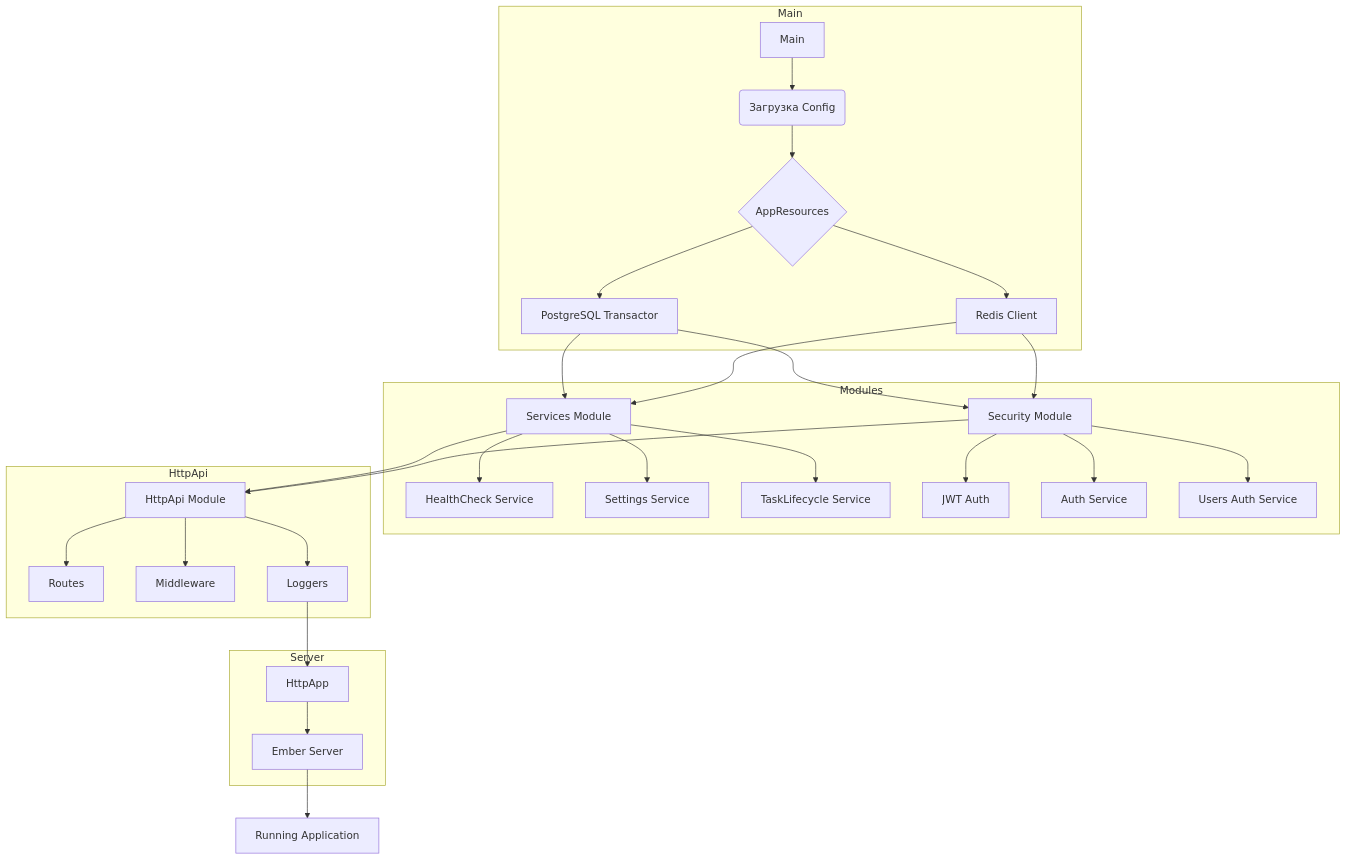
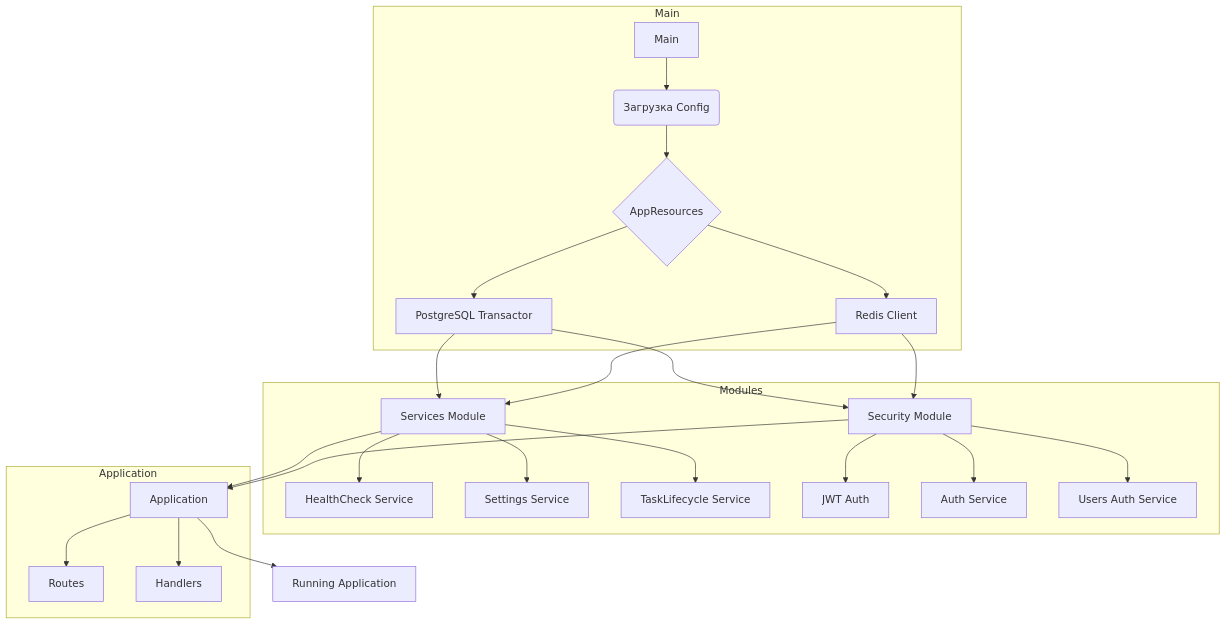
Before and after one commit to artemkorsakov/scalabook: the diagram in docs/practice/main.md, drawn with Mermaid. The commit also changed other lines of this file and 2 other files, not shown here.

````diff
--- a/docs/practice/main.md
+++ b/docs/practice/main.md
@@ -519,39 +399,33 @@
 ```mermaid
 graph TD
     subgraph Main
         A[Main] --> B(Загрузка Config)
         B --> C{AppResources}
         C --> D[PostgreSQL Transactor]
         C --> E[Redis Client]
     end
 
     subgraph Modules
         D --> F[Services Module]
         E --> F
         D --> G[Security Module]
         E --> G
 
         F --> H[HealthCheck Service]
         F --> I[Settings Service]
         F --> J[TaskLifecycle Service]
 
         G --> K[JWT Auth]
         G --> L[Auth Service]
         G --> M[Users Auth Service]
     end
 
-    subgraph HttpApi
-        F --> N[HttpApi Module]
+    subgraph Application
+        F --> N[Application]
         G --> N
         N --> O[Routes]
-        N --> P[Middleware]
-        N --> Q[Loggers]
+        N --> P[Handlers]
     end
 
-    subgraph Server
-        Q --> R[HttpApp]
-        R --> S[Ember Server]
-    end
-
-    S --> T[Running Application]
+    N --> T[Running Application]
 ```
````
